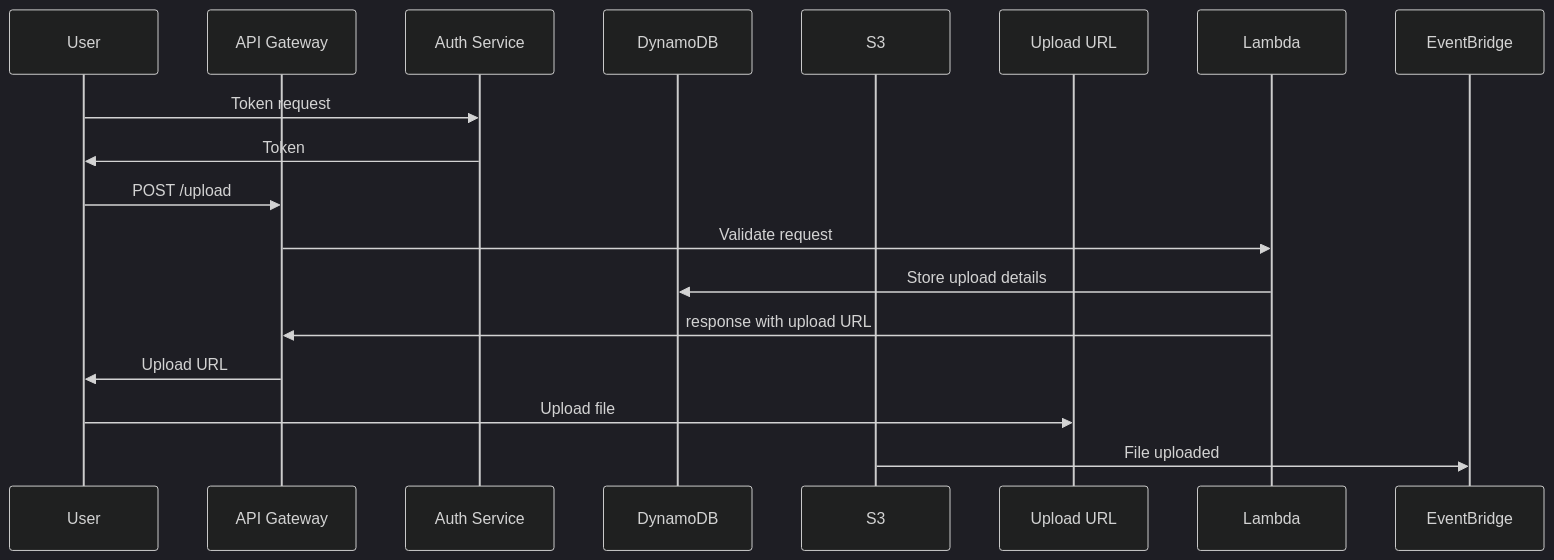
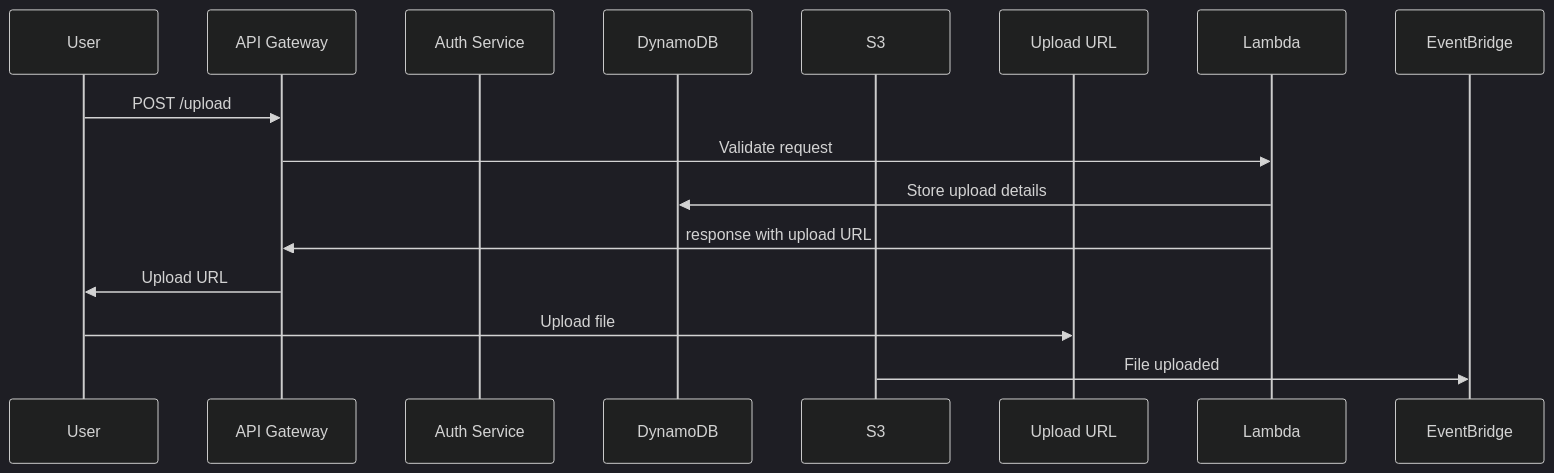
The diagram in README.md (jagreehal/client-file-uploader), drawn with Mermaid (dark theme) before and after one commit. The commit also changed other lines of this file, not shown here.

````diff
--- a/README.md
+++ b/README.md
@@ -7,19 +7,17 @@
 ```mermaid
 sequenceDiagram
     participant User
     participant API Gateway
     participant Auth Service
     participant DynamoDB
     participant S3
     participant Upload URL
     participant Lambda
-    User->>Auth Service: Token request
-    Auth Service->>User: Token
     User->>API Gateway: POST /upload
     API Gateway->>Lambda: Validate request
     Lambda->>DynamoDB: Store upload details
     Lambda->>API Gateway: response with upload URL
     API Gateway->>User: Upload URL
     User->>Upload URL: Upload file
     S3->>EventBridge: File uploaded
 ```
````
